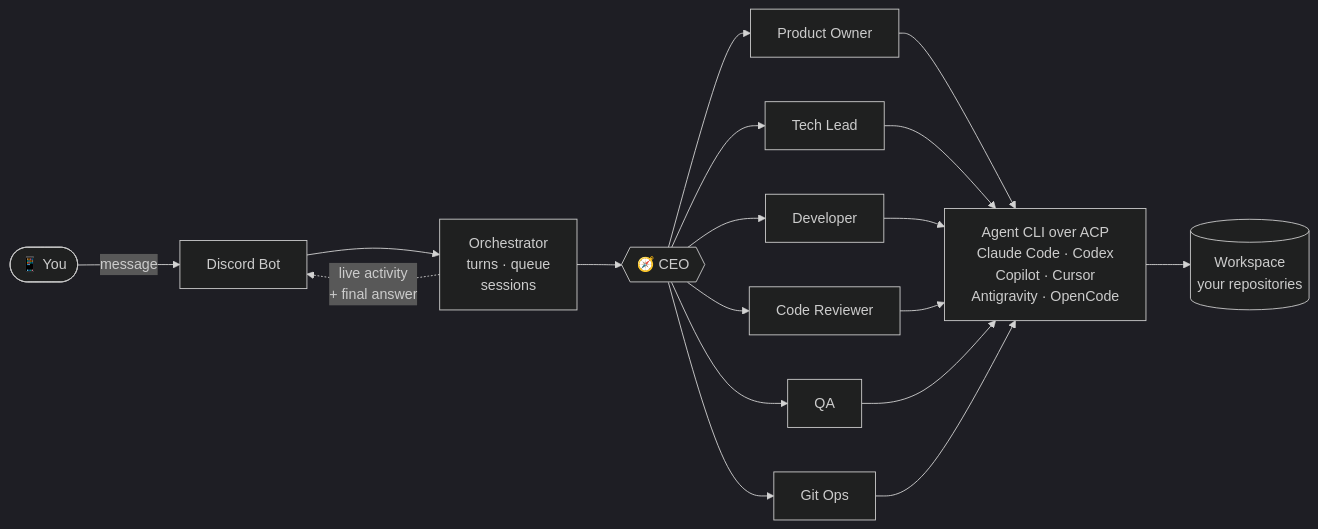
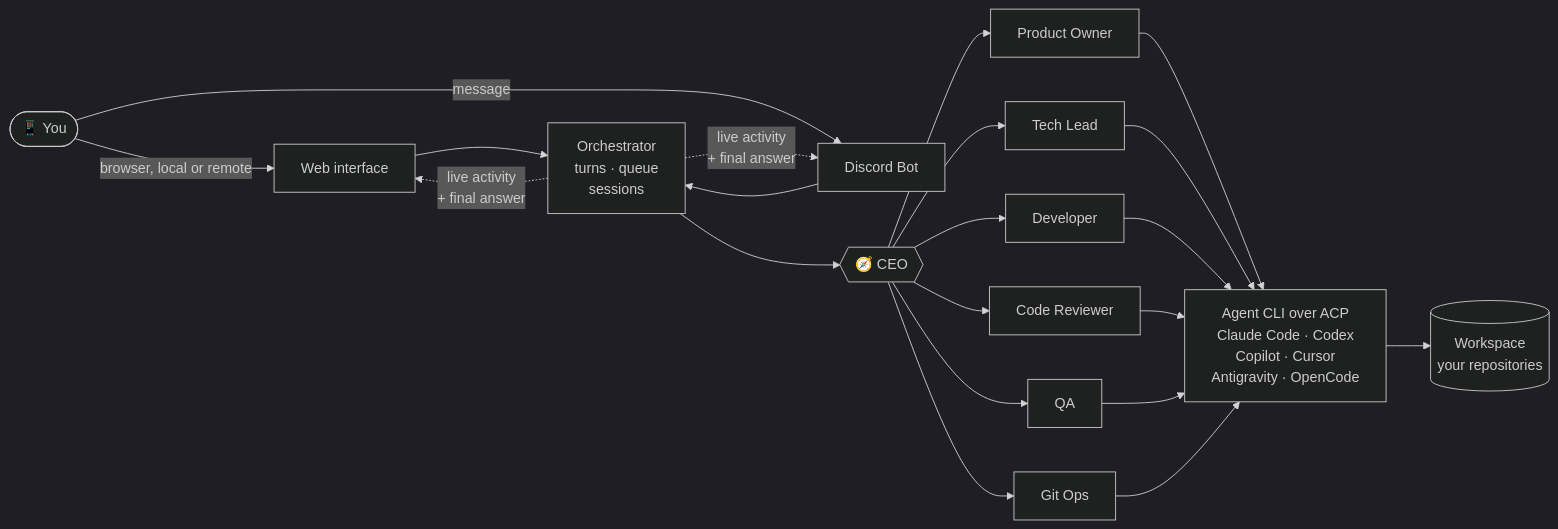
One commit to douglasjunior/agent-remote-control changed the first of 2 diagrams in README.md. Above: the diagram before and after it, drawn with Mermaid (dark theme). The commit also changed other lines of this file and 126 other files, not shown here.

````diff
--- a/README.md
+++ b/README.md
@@ -164,15 +205,17 @@
 ```mermaid
 flowchart LR
-    U(["📱 You"]) -->|message| D["Discord Bot"]
-    D --> O["Orchestrator<br/>turns · queue<br/>sessions"]
+    U(["📱 You"]) -->|browser, local or remote| W["Web interface"]
+    U -->|message| D["Discord Bot"]
+    W --> O["Orchestrator<br/>turns · queue<br/>sessions"]
+    D --> O
     O --> CEO{{"🧭 CEO"}}
     CEO --> PO["Product Owner"]
     CEO --> TL["Tech Lead"]
     CEO --> DEV["Developer"]
     CEO --> CR["Code Reviewer"]
     CEO --> QA["QA"]
     CEO --> GIT["Git Ops"]
     PO & TL & DEV & CR & QA & GIT --> CLI["Agent CLI over ACP<br/>Claude Code · Codex<br/>Copilot · Cursor<br/>Antigravity · OpenCode"]
     CLI --> WS[("Workspace<br/>your repositories")]
-    O -.->|live activity<br/>+ final answer| D
+    O -.->|live activity<br/>+ final answer| W & D
 ```
````
